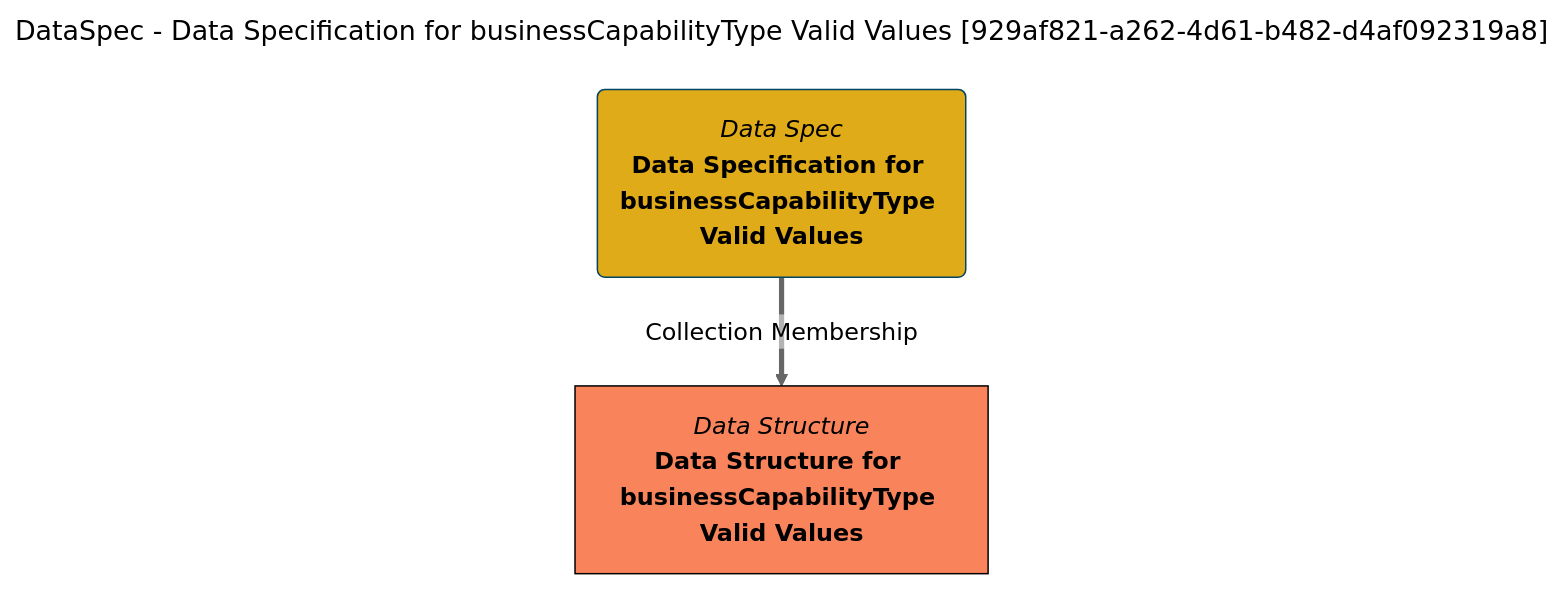
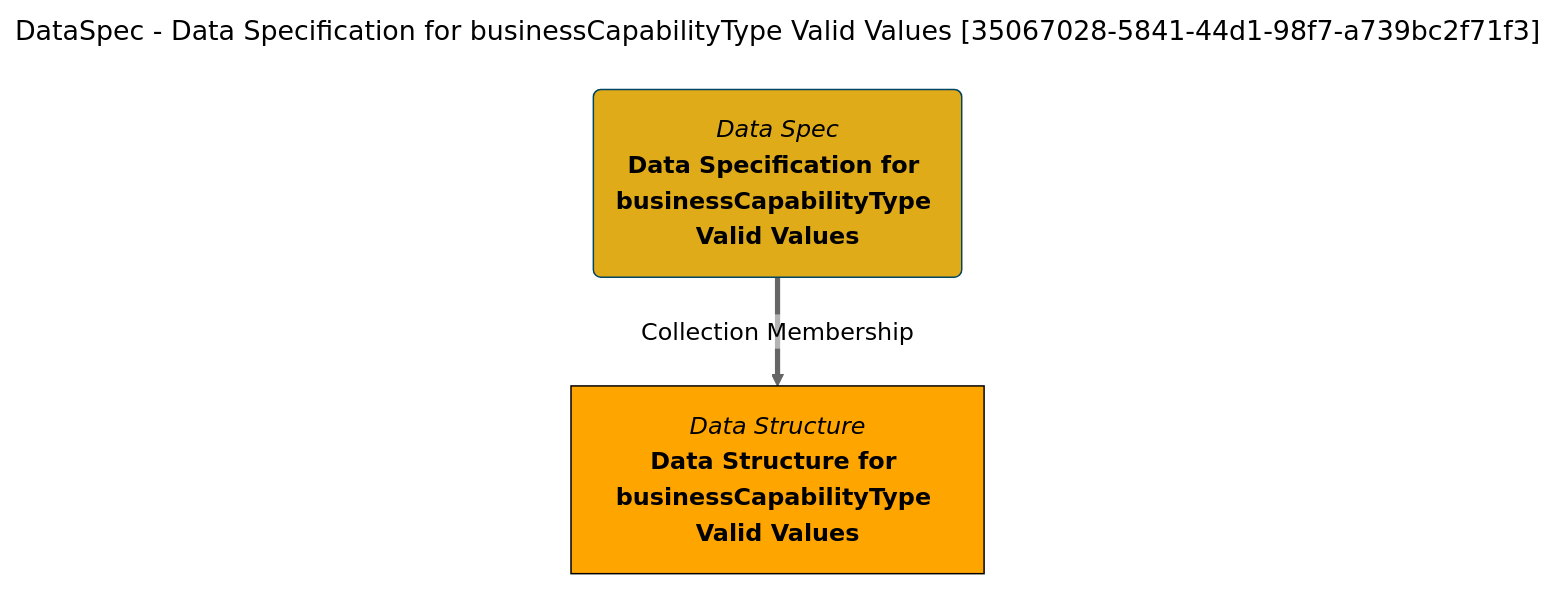
The diagram in site/snippets/collections/data-specs/data-specification-for-businesscapabilitytype-valid-values-mermaid-graph.md (odpi/egeria-docs), drawn with Mermaid (neutral theme) before and after one commit. The commit also changed 2201 other files, not shown here.

````diff
--- a/site/snippets/collections/data-specs/data-specification-for-businesscapabilitytype-valid-values-mermaid-graph.md
+++ b/site/snippets/collections/data-specs/data-specification-for-businesscapabilitytype-valid-values-mermaid-graph.md
@@ -1,15 +1,15 @@
 ```mermaid
 ---
-title: DataSpec - Data Specification for businessCapabilityType Valid Values [929af821-a262-4d61-b482-d4af092319a8]
+title: DataSpec - Data Specification for businessCapabilityType Valid Values [35067028-5841-44d1-98f7-a739bc2f71f3]
 ---
 flowchart TD
 %%{init: {"flowchart": {"htmlLabels": false}} }%%
 
 1@{ shape: rounded, label: "*Data Spec*
 **Data Specification for businessCapabilityType Valid Values**"}
 2@{ shape: rect, label: "*Data Structure*
 **Data Structure for businessCapabilityType Valid Values**"}
 1==>|"Collection Membership"|2
 style 1 color:#000000, fill:#e0ab18, stroke:#004563
-style 2 color:#000000, fill:#f9845b, stroke:#000000
+style 2 color:#000000, fill:#FFA500, stroke:#000000
 ```
````
